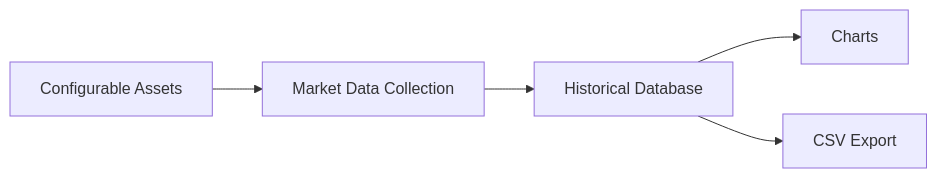
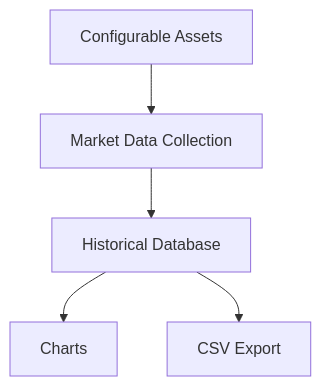
Before and after one commit to aya-sys-p/MarketCapture: the diagram in README.md, drawn with Mermaid.

````diff
--- a/README.md
+++ b/README.md
@@ -17,7 +17,7 @@
 ```mermaid
-flowchart LR
+flowchart TD
     A[Configurable Assets] --> B[Market Data Collection]
     B --> C[Historical Database]
     C --> D[Charts]
     C --> E[CSV Export]
 ```
````
